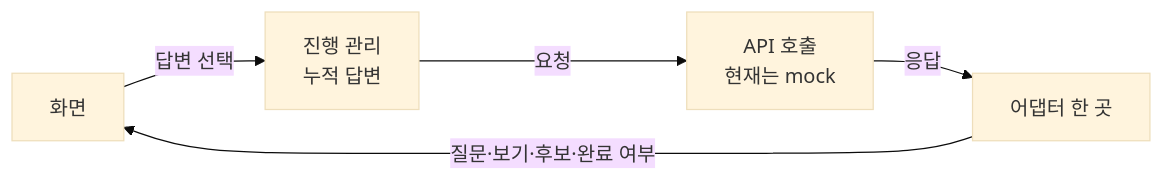
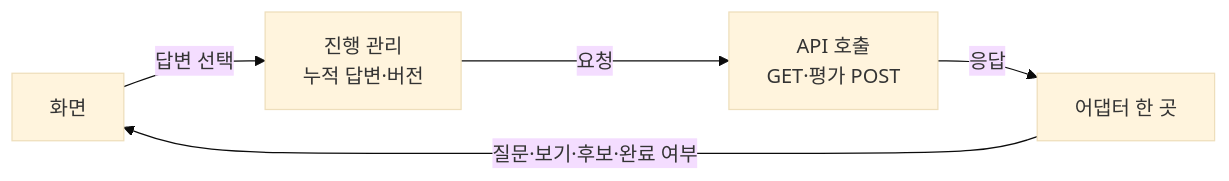
Before and after one commit to bottle-note/bottle-note-frontend: the first of 3 diagrams in docs/bartender-scenario/README.md, drawn with Mermaid (base theme). The commit also changed other lines of this file and 23 other files, not shown here.

````diff
--- a/docs/bartender-scenario/README.md
+++ b/docs/bartender-scenario/README.md
@@ -9,7 +13,7 @@
 ```mermaid
 flowchart LR
-    UI[화면] -->|답변 선택| FLOW[진행 관리<br/>누적 답변]
-    FLOW -->|요청| API[API 호출<br/>현재는 mock]
+    UI[화면] -->|답변 선택| FLOW[진행 관리<br/>누적 답변·버전]
+    FLOW -->|요청| API[API 호출<br/>GET·평가 POST]
     API -->|응답| ADAPT[어댑터 한 곳]
     ADAPT -->|질문·보기·후보·완료 여부| UI
 ```
````
